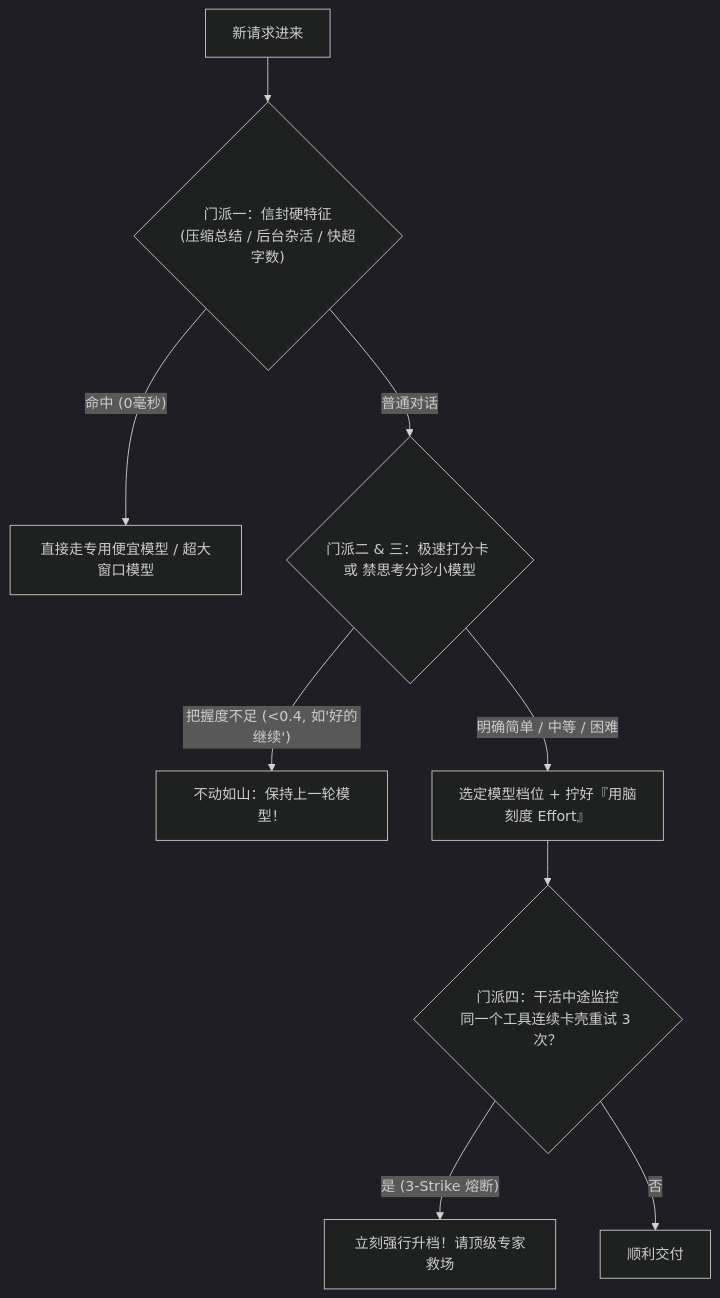
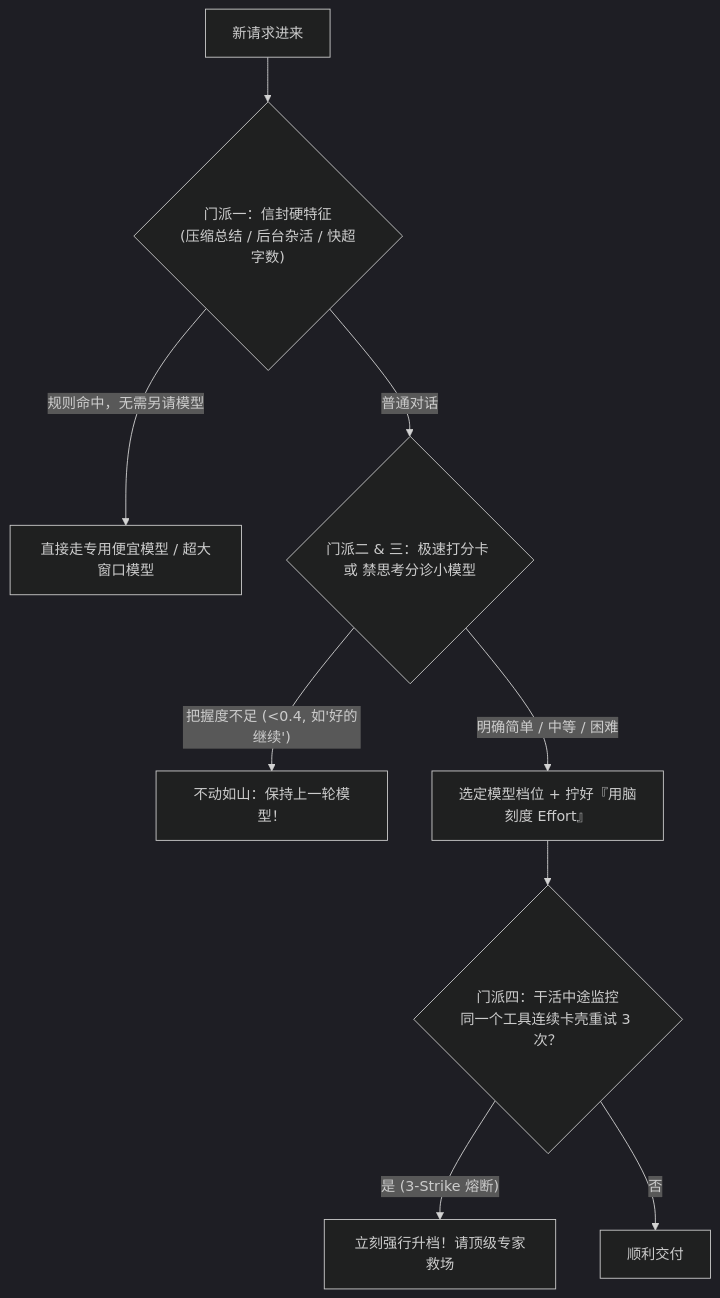
One commit to fangd123/knowledge-wiki changed the second of 2 diagrams in content/AI技术与工程/Magpie与LLM网关配置调研/08-通俗图解：大模型网关是如何帮你省钱、提速又不变傻的？.md. Above: the diagram before and after it, drawn with Mermaid (dark theme). The commit also changed other lines of this file and 26 other files, not shown here.

````diff
--- a/content/AI技术与工程/Magpie与LLM网关配置调研/08-通俗图解：大模型网关是如何帮你省钱、提速又不变傻的？.md
+++ b/content/AI技术与工程/Magpie与LLM网关配置调研/08-通俗图解：大模型网关是如何帮你省钱、提速又不变傻的？.md
@@ -93,11 +93,11 @@
 ```mermaid
 flowchart TD
     Q["新请求进来"] --> L1{"门派一：信封硬特征<br/>(压缩总结 / 后台杂活 / 快超字数)"}
-    L1 -- "命中 (0毫秒)" --> M_Cheap["直接走专用便宜模型 / 超大窗口模型"]
+    L1 -- "规则命中，无需另请模型" --> M_Cheap["直接走专用便宜模型 / 超大窗口模型"]
     L1 -- "普通对话" --> L2{"门派二 & 三：极速打分卡 或 禁思考分诊小模型"}
     L2 -- "把握度不足 (<0.4, 如'好的继续')" --> Keep["不动如山：保持上一轮模型！"]
     L2 -- "明确简单 / 中等 / 困难" --> Effort["选定模型档位 + 拧好『用脑刻度 Effort』"]
     Effort --> LoopCheck{"门派四：干活中途监控<br/>同一个工具连续卡壳重试 3 次？"}
     LoopCheck -- "是 (3-Strike 熔断)" --> Upgrade["立刻强行升档！请顶级专家救场"]
     LoopCheck -- "否" --> Done["顺利交付"]
 ```
````
